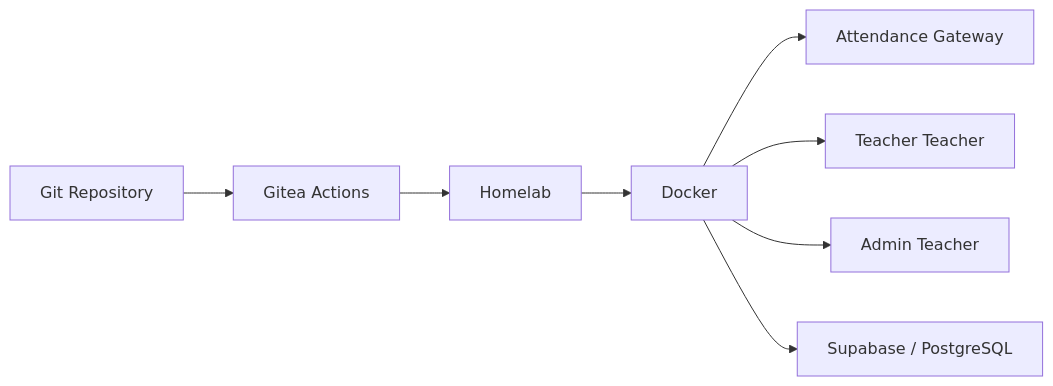
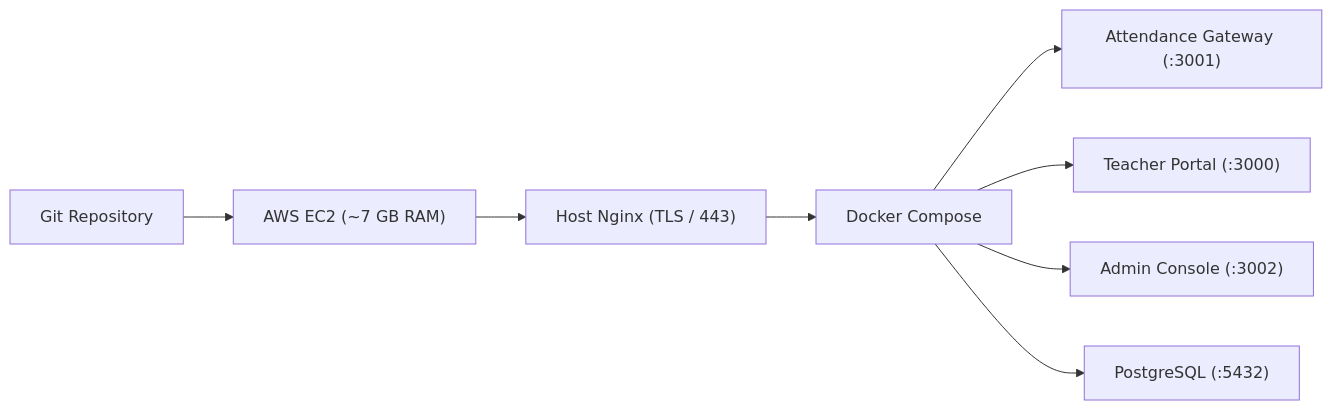
One commit to tirth-patel29/attendx-noproxy changed the fourth of 4 diagrams in README.md. Above: the diagram before and after it, drawn with Mermaid. The commit also changed other lines of this file and 24 other files, not shown here.

````diff
--- a/README.md
+++ b/README.md
@@ -616,20 +614,19 @@
 ```mermaid
 flowchart LR
     Git["Git Repository"]
-    Actions["Gitea Actions"]
-    Host["Homelab"]
-    Docker["Docker"]
-    Gateway["Attendance Gateway"]
-    Teacher["Teacher Teacher"]
-    Admin["Admin Teacher"]
-    DB["Supabase / PostgreSQL"]
+    Host["AWS EC2 (~7 GB RAM)"]
+    Nginx["Host Nginx (TLS / 443)"]
+    Docker["Docker Compose"]
+    Gateway["Attendance Gateway (:3001)"]
+    Teacher["Teacher Portal (:3000)"]
+    Admin["Admin Console (:3002)"]
+    DB["PostgreSQL (:5432)"]
 
-    Git --> Actions
-    Actions --> Host
-    Host --> Docker
-
+    Git --> Host
+    Host --> Nginx
+    Nginx --> Docker
     Docker --> Gateway
     Docker --> Teacher
     Docker --> Admin
     Docker --> DB
 ```
````
